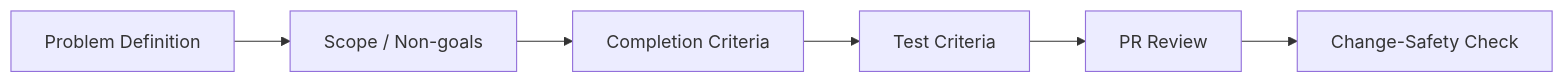
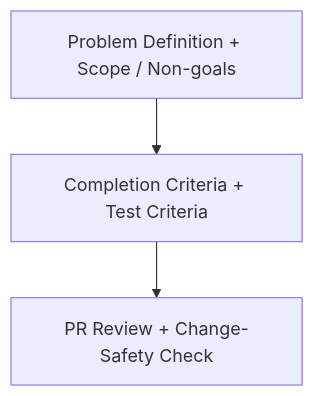
One commit to zmrdltl/portfolio changed the fourth of 4 diagrams in docs/experience/cluml.en.md. Above: the diagram before and after it, drawn with Mermaid. The commit also changed 7 other files, not shown here.

Commit message:
docs: refine representative work diagrams

````diff
--- a/docs/experience/cluml.en.md
+++ b/docs/experience/cluml.en.md
@@ -101,15 +101,9 @@
 ```mermaid
-flowchart LR
-  issue["Problem Definition"]
-  scope["Scope / Non-goals"]
-  criteria["Completion Criteria"]
-  tests["Test Criteria"]
-  review["PR Review"]
-  safety["Change-Safety Check"]
+flowchart TD
+  issue["Problem Definition + Scope / Non-goals"]
+  criteria["Completion Criteria + Test Criteria"]
+  review["PR Review + Change-Safety Check"]
 
-  issue --> scope
-  scope --> criteria
-  criteria --> tests
-  tests --> review
-  review --> safety
+  issue --> criteria
+  criteria --> review
 ```
````
